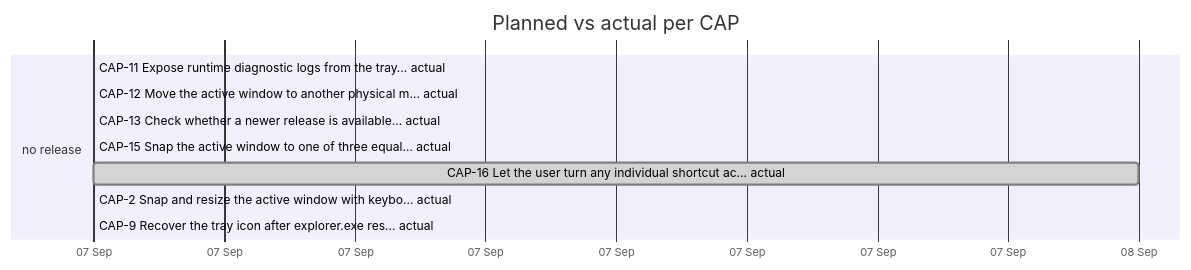
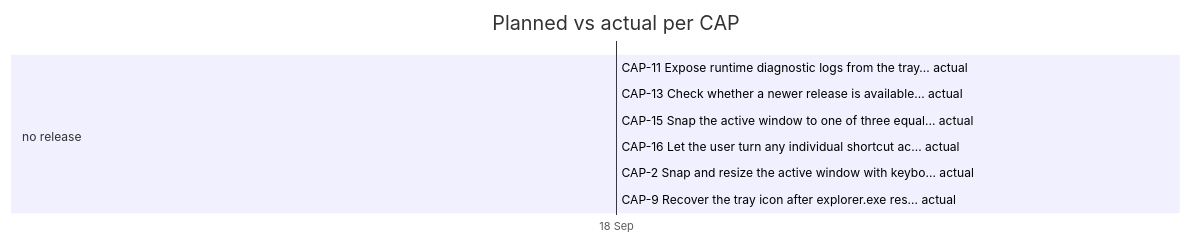
The diagram in .control/generated/timeline.md (wiradeltaid/wira-desk), drawn with Mermaid before and after one commit. The commit also changed other lines of this file and 9 other files, not shown here.

````diff
--- a/.control/generated/timeline.md
+++ b/.control/generated/timeline.md
@@ -7,16 +7,15 @@
 ```mermaid
 gantt
     dateFormat YYYY-MM-DD
     axisFormat %d %b
     title Planned vs actual per CAP
 
     section no release
-    CAP-11 Expose runtime diagnostic logs from the tray… actual :done, cap11a, 2026-09-07, 2026-09-07
-    CAP-12 Move the active window to another physical m… actual :done, cap12a, 2026-09-07, 2026-09-07
-    CAP-13 Check whether a newer release is available… actual :done, cap13a, 2026-09-07, 2026-09-07
-    CAP-15 Snap the active window to one of three equal… actual :done, cap15a, 2026-09-07, 2026-09-07
-    CAP-16 Let the user turn any individual shortcut ac… actual :done, cap16a, 2026-09-07, 2026-09-08
-    CAP-2 Snap and resize the active window with keybo… actual :done, cap2a, 2026-09-07, 2026-09-07
-    CAP-9 Recover the tray icon after explorer.exe res… actual :done, cap9a, 2026-09-07, 2026-09-07
+    CAP-11 Expose runtime diagnostic logs from the tray… actual :done, cap11a, 2026-09-18, 2026-09-18
+    CAP-13 Check whether a newer release is available… actual :done, cap13a, 2026-09-18, 2026-09-18
+    CAP-15 Snap the active window to one of three equal… actual :done, cap15a, 2026-09-18, 2026-09-18
+    CAP-16 Let the user turn any individual shortcut ac… actual :done, cap16a, 2026-09-18, 2026-09-18
+    CAP-2 Snap and resize the active window with keybo… actual :done, cap2a, 2026-09-18, 2026-09-18
+    CAP-9 Recover the tray icon after explorer.exe res… actual :done, cap9a, 2026-09-18, 2026-09-18
 
 ```
````
